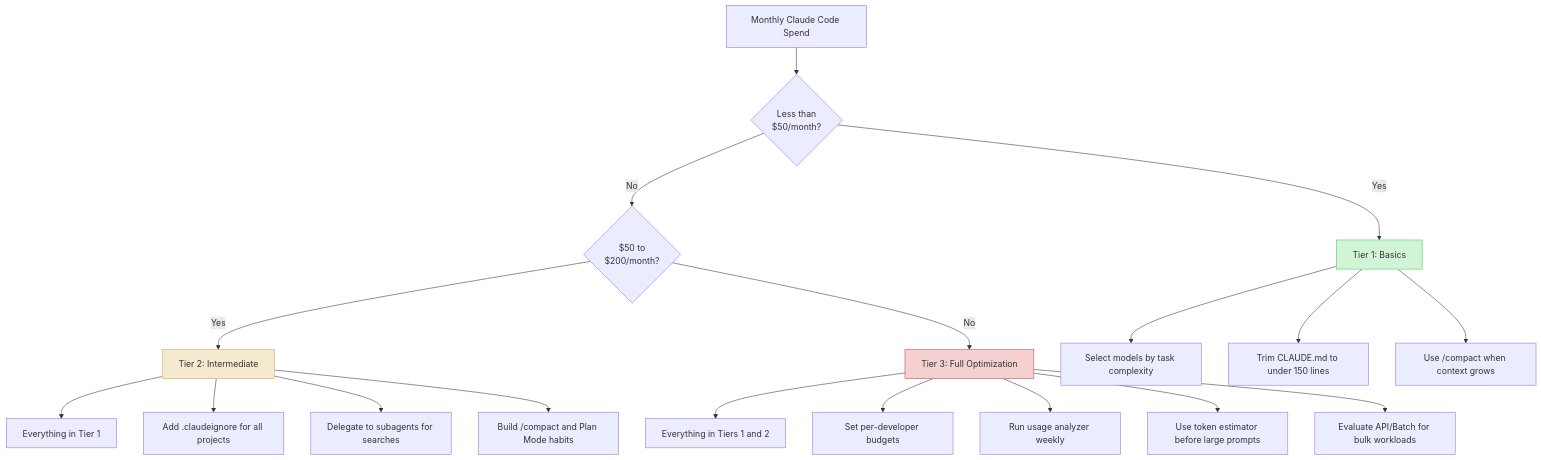
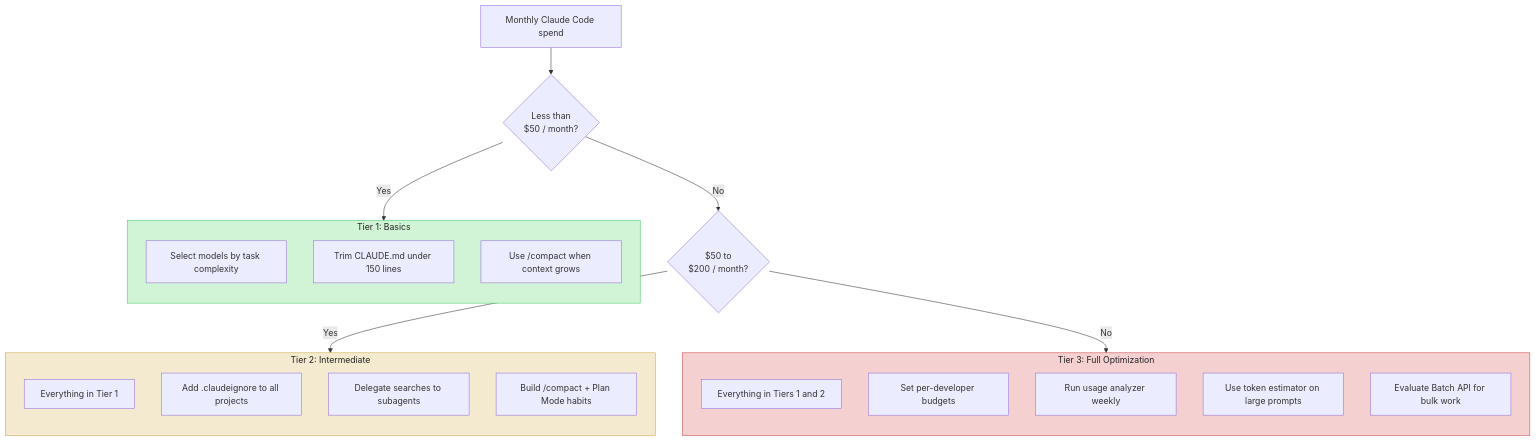
The fourth of 5 diagrams in guides/diagrams.md (Sagargupta16/claude-cost-optimizer), drawn with Mermaid before and after one commit. The commit also changed other lines of this file and 35 other files, not shown here.

First line of the commit message:
feat: add Opus 4.7, Mythos Preview, fix diagrams and factual corrections

````diff
--- a/guides/diagrams.md
+++ b/guides/diagrams.md
@@ -86,27 +147,40 @@
 ```mermaid
 flowchart TD
-    A[Monthly Claude Code Spend] --> B{Less than\n$50/month?}
-    B -- Yes --> C[Tier 1: Basics]
-    B -- No --> D{$50 to\n$200/month?}
-    D -- Yes --> E[Tier 2: Intermediate]
-    D -- No --> F[Tier 3: Full Optimization]
+    A[Monthly Claude Code spend] --> B{"Less than<br/>$50 / month?"}
+    B -- Yes --> T1
+    B -- No --> D{"$50 to<br/>$200 / month?"}
+    D -- Yes --> T2
+    D -- No --> T3
 
-    C --> C1[Select models by task complexity]
-    C --> C2[Trim CLAUDE.md to under 150 lines]
-    C --> C3[Use /compact when context grows]
+    subgraph T1["Tier 1: Basics"]
+        direction TB
+        C1["Select models by task complexity"]
+        C2["Trim CLAUDE.md under 150 lines"]
+        C3["Use /compact when context grows"]
+    end
 
-    E --> E1[Everything in Tier 1]
-    E --> E2[Add .claudeignore for all projects]
-    E --> E3[Delegate to subagents for searches]
-    E --> E4[Build /compact and Plan Mode habits]
+    subgraph T2["Tier 2: Intermediate"]
+        direction TB
+        E1["Everything in Tier 1"]
+        E2["Add .claudeignore to all projects"]
+        E3["Delegate searches to subagents"]
+        E4["Build /compact + Plan Mode habits"]
+    end
 
-    F --> F1[Everything in Tiers 1 and 2]
-    F --> F2[Set per-developer budgets]
-    F --> F3[Run usage analyzer weekly]
-    F --> F4[Use token estimator before large prompts]
-    F --> F5[Evaluate API/Batch for bulk workloads]
+    subgraph T3["Tier 3: Full Optimization"]
+        direction TB
+        F1["Everything in Tiers 1 and 2"]
+        F2["Set per-developer budgets"]
+        F3["Run usage analyzer weekly"]
+        F4["Use token estimator on large prompts"]
+        F5["Evaluate Batch API for bulk work"]
+    end
 
-    style C fill:#d0f4d5,stroke:#4ac96a
-    style E fill:#f4ead0,stroke:#c9a84a
-    style F fill:#f4d0d0,stroke:#c94a4a
+    classDef tier1 fill:#d0f4d5,stroke:#4ac96a,color:#222
+    classDef tier2 fill:#f4ead0,stroke:#c9a84a,color:#222
+    classDef tier3 fill:#f4d0d0,stroke:#c94a4a,color:#222
+
+    class T1 tier1
+    class T2 tier2
+    class T3 tier3
 ```
````
